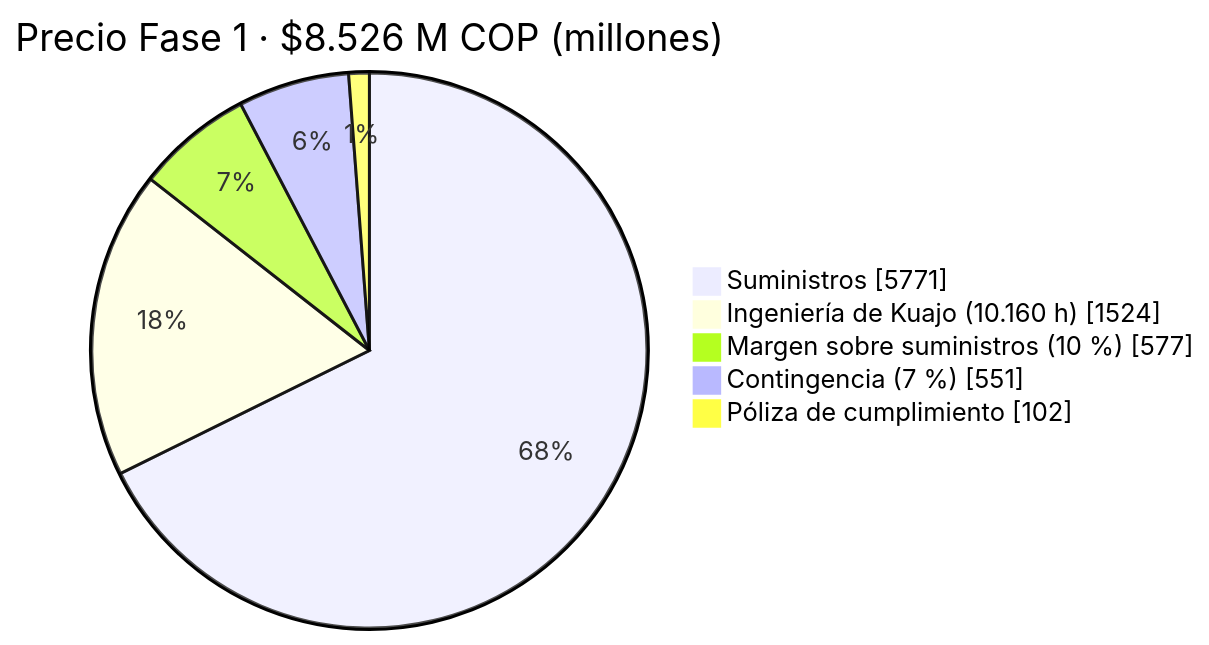
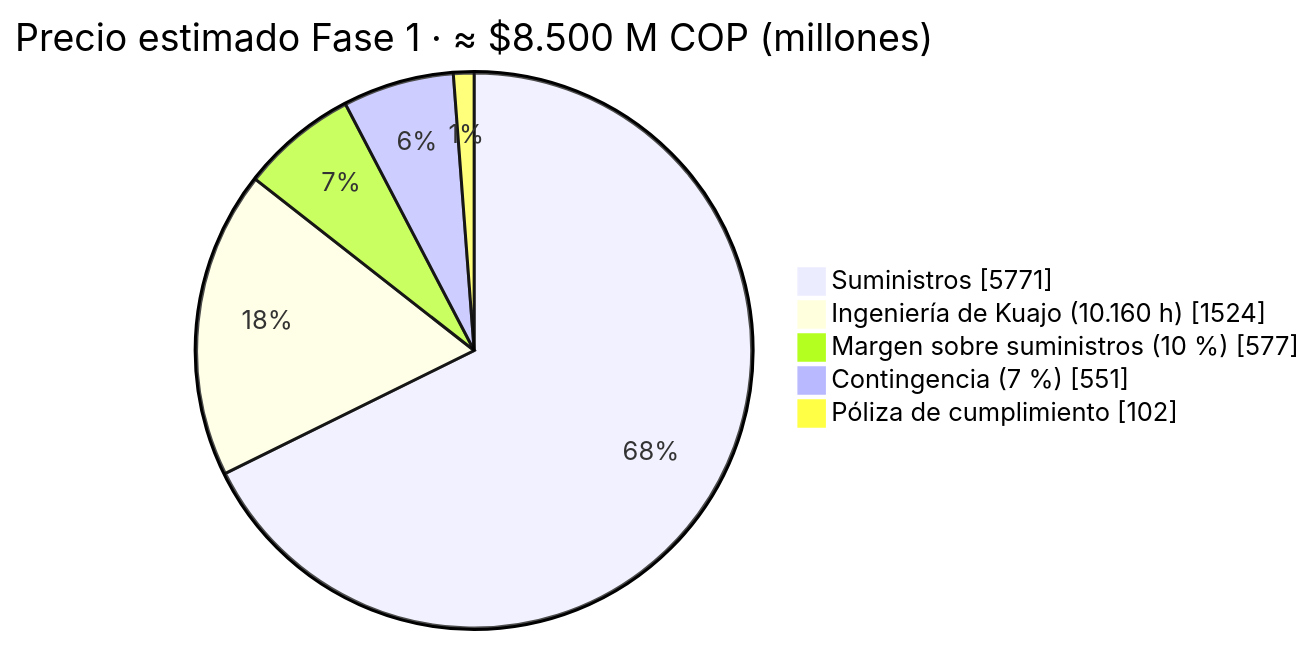
One commit to kuajoautomation/Kuajo-Automation---APM changed the sixth of 8 diagrams in README.md. Above: the diagram before and after it, drawn with Mermaid. The commit also changed other lines of this file and 34 other files, not shown here.

````diff
--- a/README.md
+++ b/README.md
@@ -415,9 +425,9 @@
 ```mermaid
 pie showData
-    title Precio Fase 1 · $8.526 M COP (millones)
+    title Precio estimado Fase 1 · ≈ $8.500 M COP (millones)
     "Suministros" : 5771
     "Ingeniería de Kuajo (10.160 h)" : 1524
     "Margen sobre suministros (10 %)" : 577
     "Contingencia (7 %)" : 551
     "Póliza de cumplimiento" : 102
 ```
````
